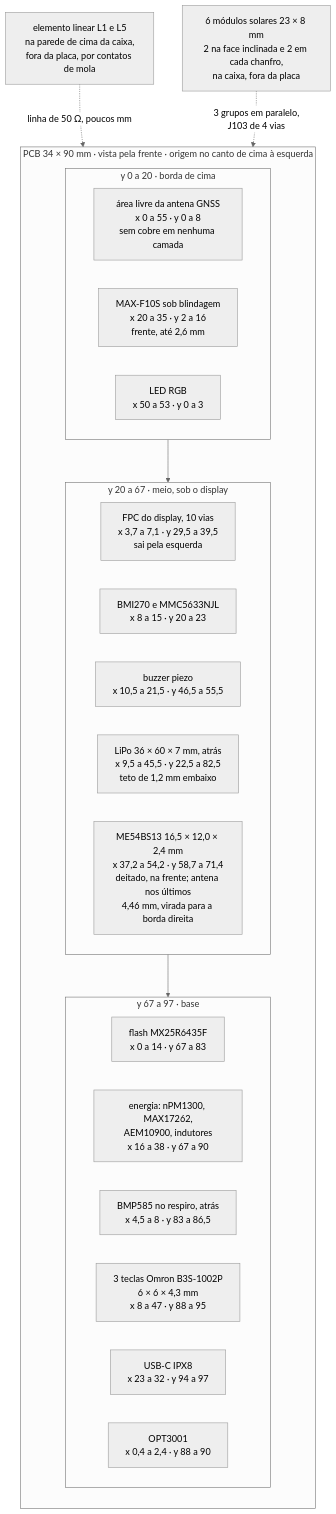
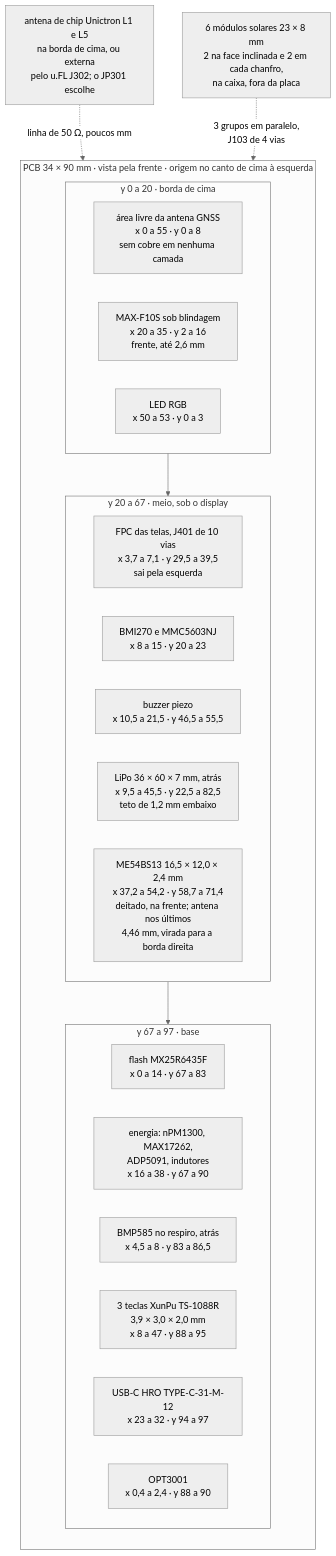
Before and after one commit to Guiimartinho/gnss-bike-computer: the third of 4 diagrams in hardware_gnssbike/04-pcb-e-caixa.md, drawn with Mermaid (neutral theme). The commit also changed other lines of this file and 63 other files, not shown here.

````diff
--- a/hardware_gnssbike/04-pcb-e-caixa.md
+++ b/hardware_gnssbike/04-pcb-e-caixa.md
@@ -564,32 +587,32 @@
 ```mermaid
 flowchart TB
     subgraph PCB["PCB 34 × 90 mm · vista pela frente · origem no canto de cima à esquerda"]
         direction TB
         subgraph Y1["y 0 a 20 · borda de cima"]
             direction LR
             A1["área livre da antena GNSS<br/>x 0 a 55 · y 0 a 8<br/>sem cobre em nenhuma camada"]
             A2["MAX-F10S sob blindagem<br/>x 20 a 35 · y 2 a 16<br/>frente, até 2,6 mm"]
             A3["LED RGB<br/>x 50 a 53 · y 0 a 3"]
         end
         subgraph Y2["y 20 a 67 · meio, sob o display"]
             direction LR
-            B1["FPC do display, 10 vias<br/>x 3,7 a 7,1 · y 29,5 a 39,5<br/>sai pela esquerda"]
-            B2["BMI270 e MMC5633NJL<br/>x 8 a 15 · y 20 a 23"]
+            B1["FPC das telas, J401 de 10 vias<br/>x 3,7 a 7,1 · y 29,5 a 39,5<br/>sai pela esquerda"]
+            B2["BMI270 e MMC5603NJ<br/>x 8 a 15 · y 20 a 23"]
             B3["buzzer piezo<br/>x 10,5 a 21,5 · y 46,5 a 55,5"]
             B4["LiPo 36 × 60 × 7 mm, atrás<br/>x 9,5 a 45,5 · y 22,5 a 82,5<br/>teto de 1,2 mm embaixo"]
             B5["ME54BS13 16,5 × 12,0 × 2,4 mm<br/>x 37,2 a 54,2 · y 58,7 a 71,4<br/>deitado, na frente; antena nos últimos<br/>4,46 mm, virada para a borda direita"]
         end
         subgraph Y3["y 67 a 97 · base"]
             direction LR
             C1["flash MX25R6435F<br/>x 0 a 14 · y 67 a 83"]
-            C2["energia: nPM1300, MAX17262,<br/>AEM10900, indutores<br/>x 16 a 38 · y 67 a 90"]
+            C2["energia: nPM1300, MAX17262,<br/>ADP5091, indutores<br/>x 16 a 38 · y 67 a 90"]
             C4["BMP585 no respiro, atrás<br/>x 4,5 a 8 · y 83 a 86,5"]
-            C5["3 teclas Omron B3S-1002P<br/>6 × 6 × 4,3 mm<br/>x 8 a 47 · y 88 a 95"]
-            C6["USB-C IPX8<br/>x 23 a 32 · y 94 a 97"]
+            C5["3 teclas XunPu TS-1088R<br/>3,9 × 3,0 × 2,0 mm<br/>x 8 a 47 · y 88 a 95"]
+            C6["USB-C HRO TYPE-C-31-M-12<br/>x 23 a 32 · y 94 a 97"]
             C7["OPT3001<br/>x 0,4 a 2,4 · y 88 a 90"]
         end
     end
-    ANT["elemento linear L1 e L5<br/>na parede de cima da caixa,<br/>fora da placa, por contatos de mola"] -.->|"linha de 50 Ω, poucos mm"| A2
+    ANT["antena de chip Unictron L1 e L5<br/>na borda de cima, ou externa<br/>pelo u.FL J302; o JP301 escolhe"] -.->|"linha de 50 Ω, poucos mm"| A2
     Y1 --> Y2 --> Y3
     PV["6 módulos solares 23 × 8 mm<br/>2 na face inclinada e 2 em cada chanfro,<br/>na caixa, fora da placa"] -.->|"3 grupos em paralelo,<br/>J103 de 4 vias"| C2
 ```
````
